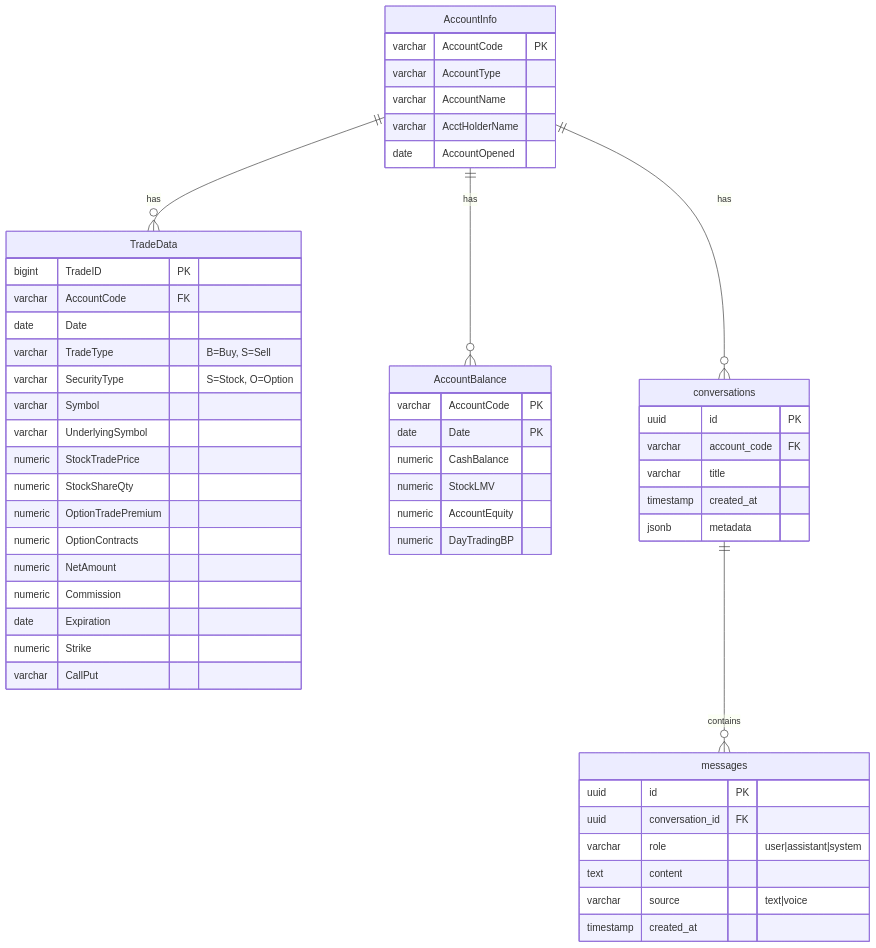
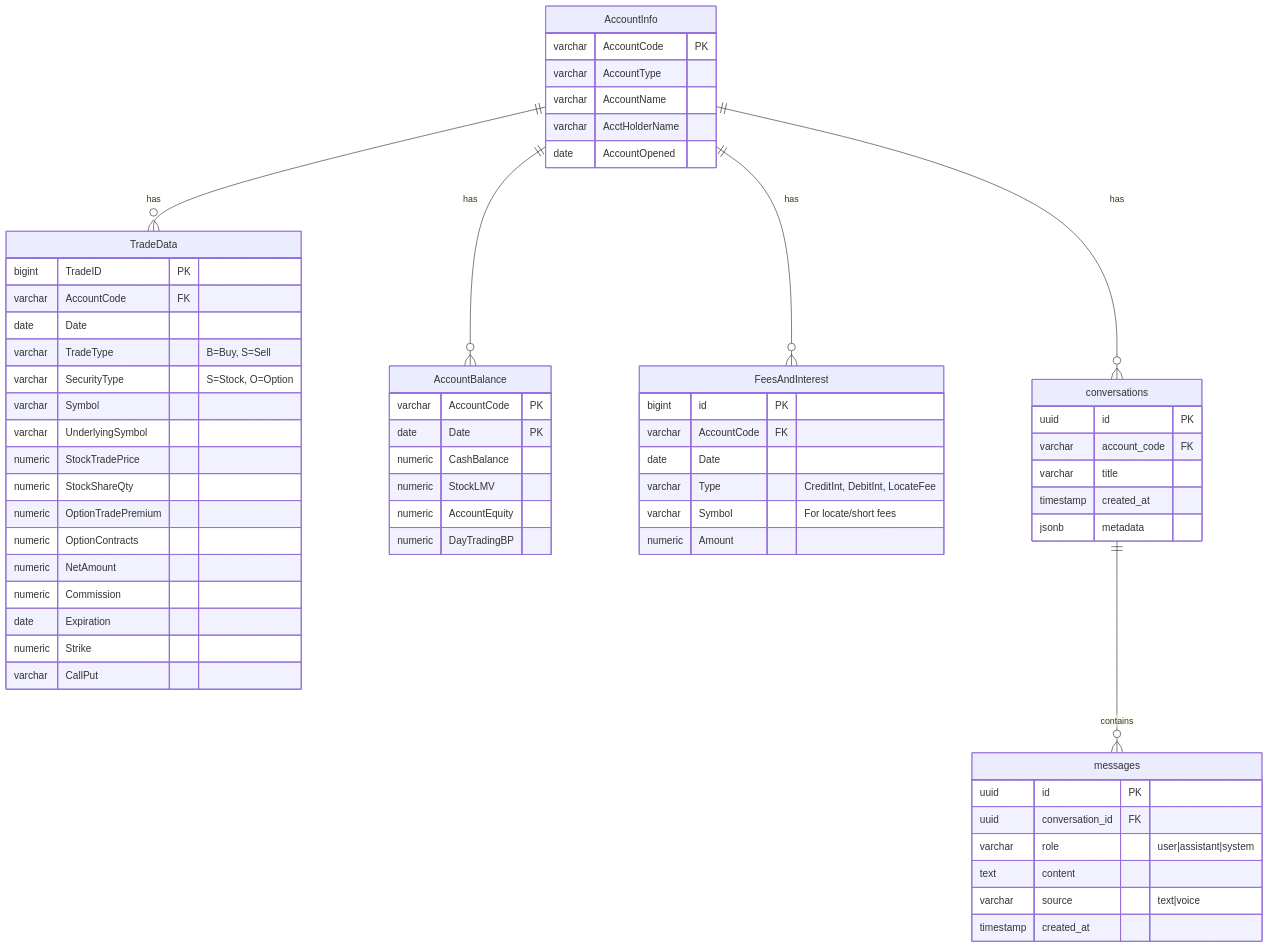
The eighth of 11 diagrams in README.md (fin-agent/finagent-frontend), drawn with Mermaid before and after one commit. The commit also changed other lines of this file and 2 other files, not shown here.

First line of the commit message:
docs: Add short_interest fee type and voice/UI drift prevention docs

````diff
--- a/README.md
+++ b/README.md
@@ -694,60 +790,70 @@
 ```mermaid
 erDiagram
     AccountInfo ||--o{ TradeData : has
     AccountInfo ||--o{ AccountBalance : has
+    AccountInfo ||--o{ FeesAndInterest : has
     AccountInfo ||--o{ conversations : has
     conversations ||--o{ messages : contains
 
     AccountInfo {
         varchar AccountCode PK
         varchar AccountType
         varchar AccountName
         varchar AcctHolderName
         date AccountOpened
     }
 
     TradeData {
         bigint TradeID PK
         varchar AccountCode FK
         date Date
         varchar TradeType "B=Buy, S=Sell"
         varchar SecurityType "S=Stock, O=Option"
         varchar Symbol
         varchar UnderlyingSymbol
         numeric StockTradePrice
         numeric StockShareQty
         numeric OptionTradePremium
         numeric OptionContracts
         numeric NetAmount
         numeric Commission
         date Expiration
         numeric Strike
         varchar CallPut
     }
 
     AccountBalance {
         varchar AccountCode PK
         date Date PK
         numeric CashBalance
         numeric StockLMV
         numeric AccountEquity
         numeric DayTradingBP
     }
 
+    FeesAndInterest {
+        bigint id PK
+        varchar AccountCode FK
+        date Date
+        varchar Type "CreditInt, DebitInt, LocateFee"
+        varchar Symbol "For locate/short fees"
+        numeric Amount
+    }
+
     conversations {
         uuid id PK
         varchar account_code FK
         varchar title
         timestamp created_at
         jsonb metadata
     }
 
     messages {
         uuid id PK
         uuid conversation_id FK
         varchar role "user|assistant|system"
         text content
         varchar source "text|voice"
         timestamp created_at
     }
 ```
````
